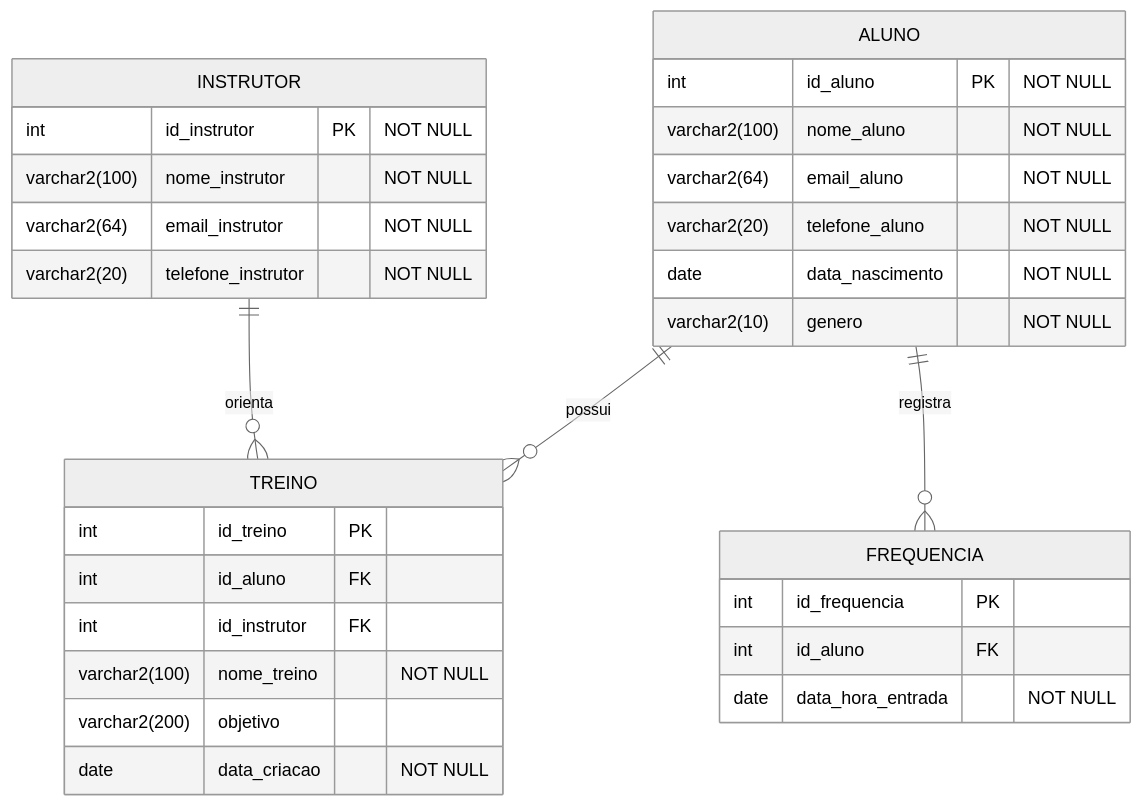
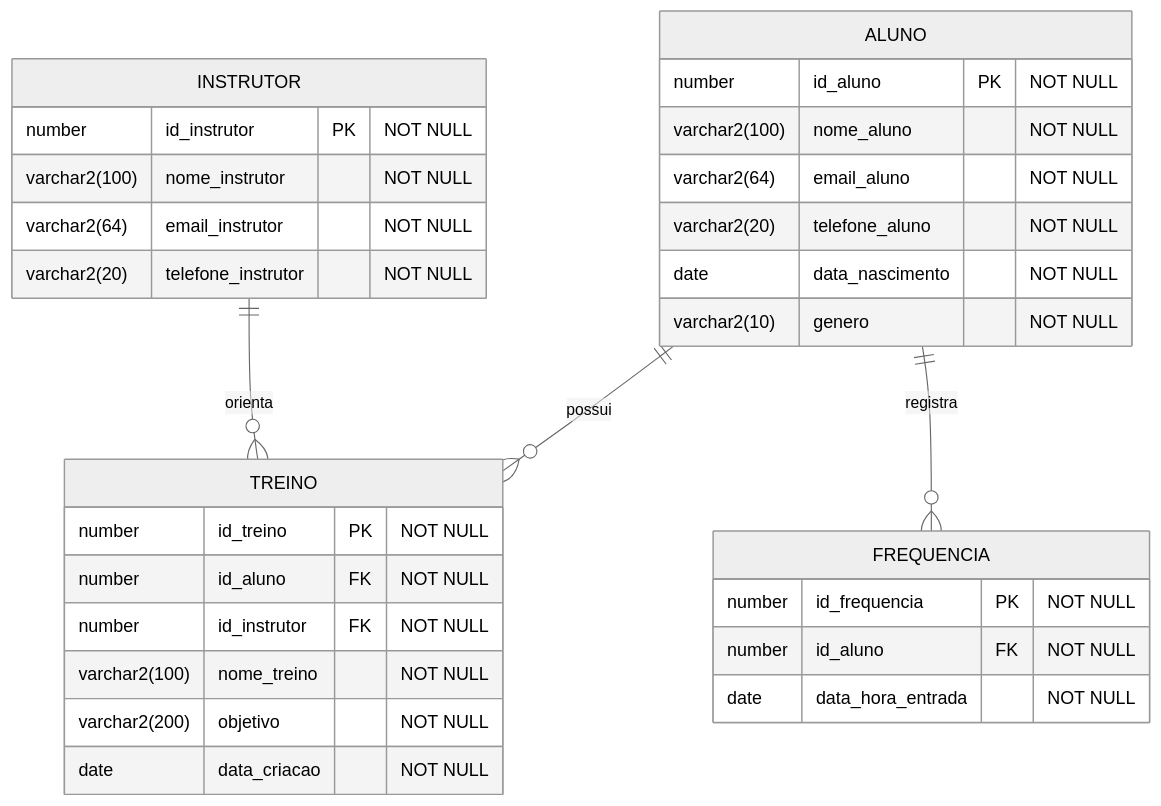
Before and after one commit to gabinasciment/sistema-academia-bd: the diagram in diagramas/diagramarelacional.mmd, drawn with Mermaid (neutral theme).

Commit message:
fix(diagrama) : trocar int por mumber

```diff
--- a/diagramas/diagramarelacional.mmd
+++ b/diagramas/diagramarelacional.mmd
@@ -1,38 +1,39 @@
 ---
 id: 2b179050-cd0c-4a7d-a6ca-17071eb3fb87
 ---
 erDiagram
     ALUNO ||--o{ TREINO : possui
     INSTRUTOR ||--o{ TREINO : orienta
     ALUNO ||--o{ FREQUENCIA : registra
 
+    
     ALUNO {
-        int id_aluno PK "NOT NULL"
+        number id_aluno PK "NOT NULL"
         varchar2(100) nome_aluno "NOT NULL"
-        varchar2(64) email_aluno "NOT NULL"
+        varchar2(64)  email_aluno  "NOT NULL"
         varchar2(20) telefone_aluno "NOT NULL"
         date data_nascimento "NOT NULL"
         varchar2(10) genero "NOT NULL" 
     }
 
     INSTRUTOR {
-        int id_instrutor PK "NOT NULL"
+        number id_instrutor PK "NOT NULL"
         varchar2(100) nome_instrutor "NOT NULL"
-        varchar2(64) email_instrutor "NOT NULL"
+        varchar2(64)  email_instrutor  "NOT NULL"
         varchar2(20) telefone_instrutor "NOT NULL"
     }
 
     TREINO {
-        int id_treino PK 
-        int id_aluno FK
-        int id_instrutor FK
+        number id_treino PK "NOT NULL"
+        number id_aluno FK "NOT NULL"
+        number id_instrutor FK "NOT NULL"
         varchar2(100) nome_treino "NOT NULL"
-        varchar2(200) objetivo
+        varchar2(200) objetivo "NOT NULL"
         date data_criacao "NOT NULL"
     }
 
     FREQUENCIA {
-        int id_frequencia PK
-        int id_aluno FK
+        number id_frequencia PK "NOT NULL"
+        number id_aluno FK "NOT NULL"
         date data_hora_entrada "NOT NULL"
     }
```
